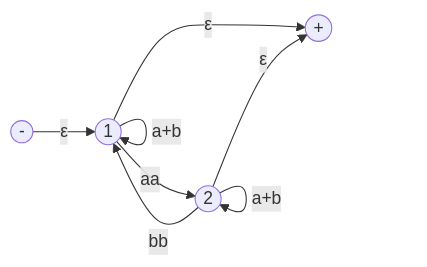
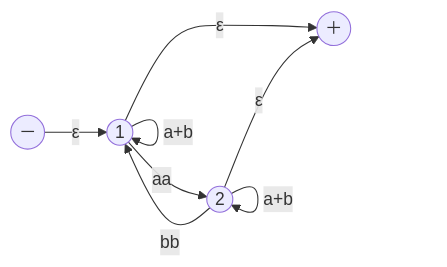
Before and after one commit to ufidon/ct: the eighth of 19 diagrams in review/mid/README.md, drawn with Mermaid. The commit also changed other lines of this file, not shown here.

Commit message:
fixed mermaid

````diff
--- a/review/mid/README.md
+++ b/review/mid/README.md
@@ -187,14 +187,14 @@
 ```mermaid
 flowchart LR
-  s(("-"))
+  s(("－"))
   p1(("1"))
   p2(("2"))
-  f(("+"))
+  f(("＋"))
   s-->|ε|p1
   p1-->|"a+b"|p1
   p1-->|aa|p2
   p2-->|bb|p1
   p2-->|"a+b"|p2
   p1-->|ε|f
   p2-->|ε|f
 ```
````
